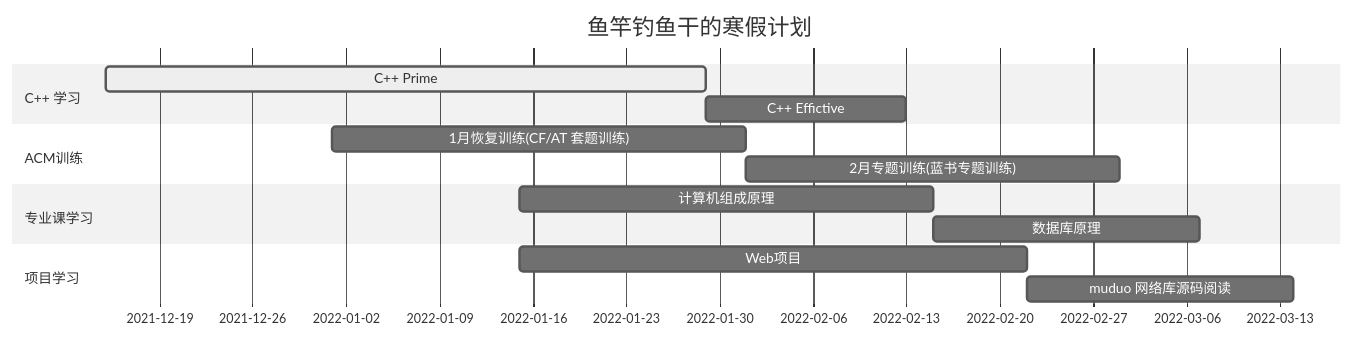
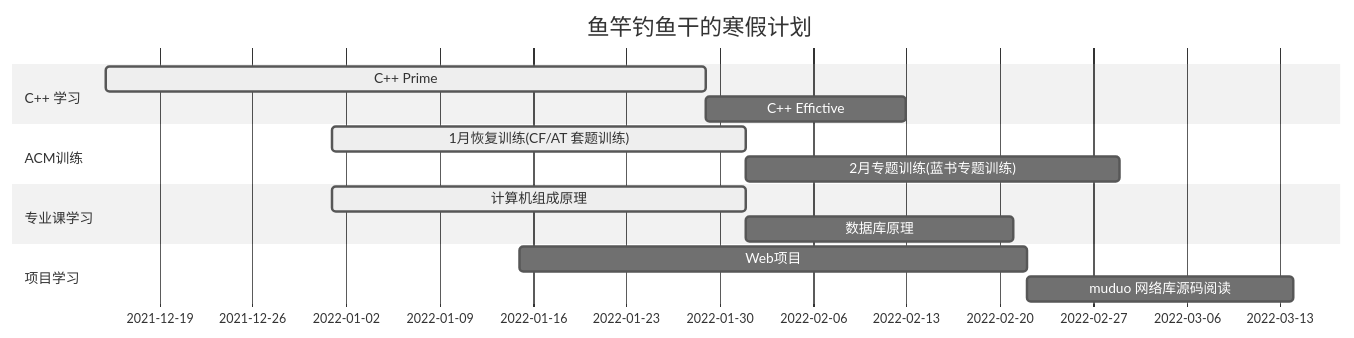
Before and after one commit to PokIsemaine/ohmyfish: the diagram in docs/README.md, drawn with Mermaid (neutral theme). The commit also changed other lines of this file and 56 other files, not shown here.

````diff
--- a/docs/README.md
+++ b/docs/README.md
@@ -81,21 +81,21 @@
 ```mermaid
 gantt
 dateFormat  YYYY-MM-DD
 title 鱼竿钓鱼干的寒假计划
 
 section C++ 学习 
 C++ Prime         :active,    p1, 2021-12-15, 45d
 C++ Effictive     :           p2, after p1, 15d
 
 section ACM训练
-1月恢复训练(CF/AT 套题训练)            :active        p3, 2022-1-1, 31d
+1月恢复训练(CF/AT 套题训练)            :active,        p3, 2022-1-1, 31d
 2月专题训练(蓝书专题训练)            :           p4, after p3, 28d
 
 section 专业课学习
-计算机组成原理       :active       p6, 2022-1-15, 31d
+计算机组成原理       :active,       p6, 2022-1-1, 31d
 数据库原理               :       p7, after p6, 20d
 
 section 项目学习
-Web项目 		:p8,2022-1-15,38d
-muduo 网络库源码阅读					:p9,after p8,20d
+Web项目							:  p8,2022-1-15,38d
+muduo 网络库源码阅读					: p9,after p8,20d
 ```
````
